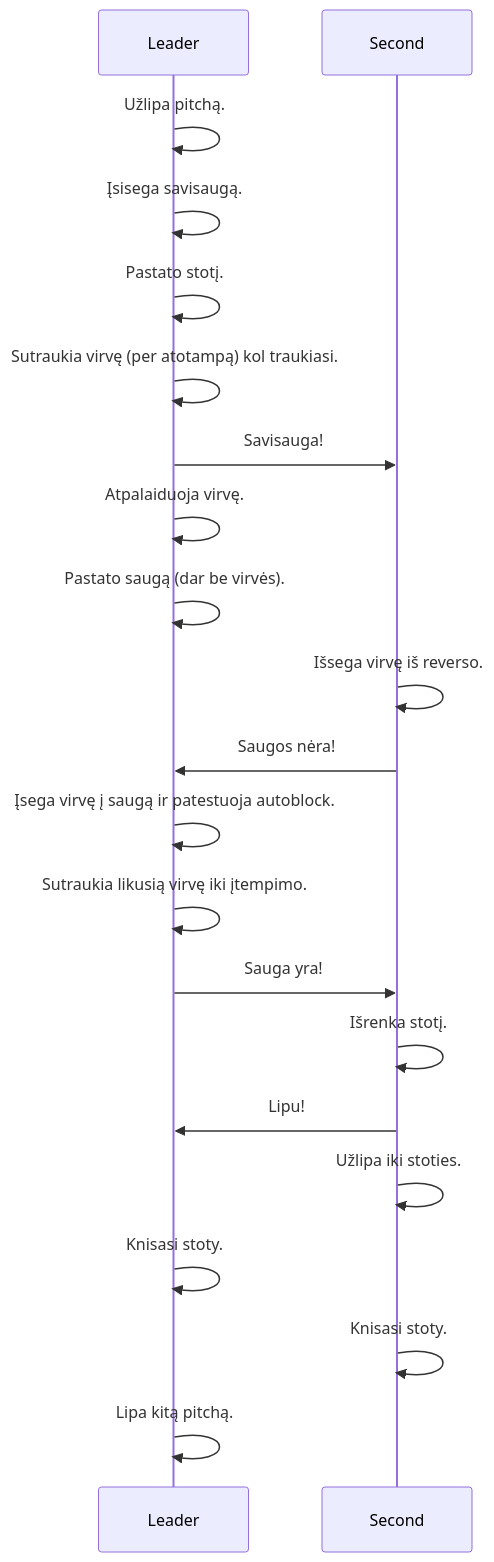
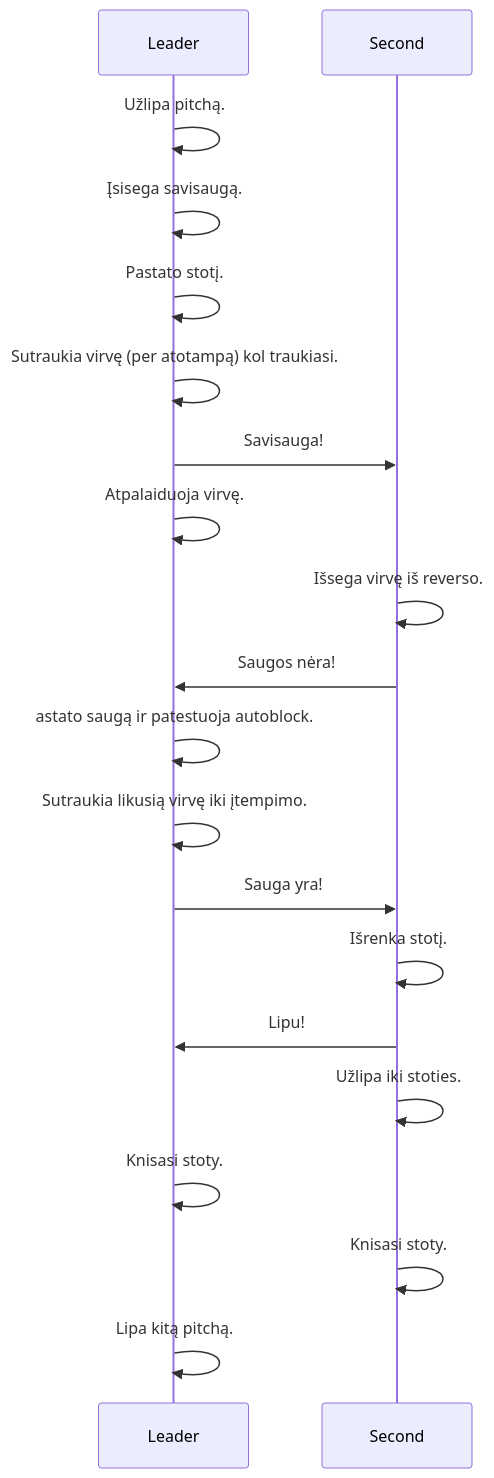
Before and after one commit to vzurauskas/multipitch: the diagram in README.md, drawn with Mermaid. The commit also changed other lines of this file, not shown here.

````diff
--- a/README.md
+++ b/README.md
@@ -4,22 +4,21 @@
 ```mermaid
 sequenceDiagram
     Leader ->> Leader: Užlipa pitchą.
     Leader ->> Leader: Įsisega savisaugą.
     Leader ->> Leader: Pastato stotį.
     Leader ->> Leader: Sutraukia virvę (per atotampą) kol traukiasi.
     Leader ->> Second: Savisauga!
     Leader ->> Leader: Atpalaiduoja virvę.
-    Leader ->> Leader: Pastato saugą (dar be virvės).
     Second ->> Second: Išsega virvę iš reverso.
     Second ->> Leader: Saugos nėra!
-    Leader ->> Leader: Įsega virvę į saugą ir patestuoja autoblock.
+    Leader ->> Leader: astato saugą ir patestuoja autoblock.
     Leader ->> Leader: Sutraukia likusią virvę iki įtempimo.
     Leader ->> Second: Sauga yra!
     Second ->> Second: Išrenka stotį.
     Second ->> Leader: Lipu!
     Second ->> Second: Užlipa iki stoties.
     Leader ->> Leader: Knisasi stoty.
     Second ->> Second: Knisasi stoty.
     Leader ->> Leader: Lipa kitą pitchą.
     
 ```
````
